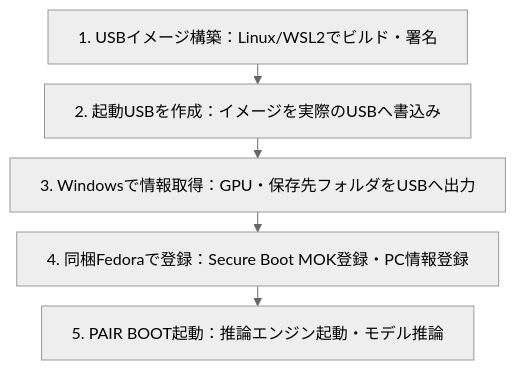
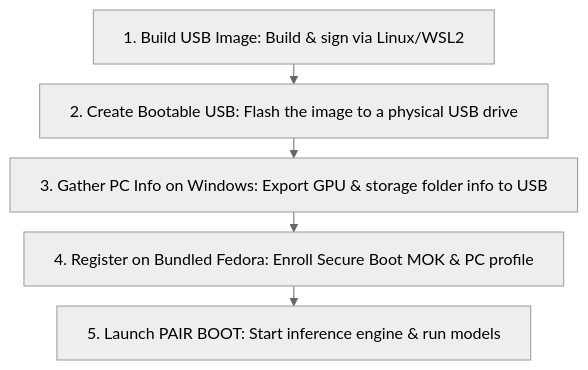
Before and after one commit to fujisawa-max/pair-boot-usb: the diagram in README.md, drawn with Mermaid (neutral theme). The commit also changed other lines of this file and 5 other files, not shown here.

````diff
--- a/README.md
+++ b/README.md
@@ -13,13 +13,13 @@
 ```mermaid
 ---
 config:
   flowchart:
     rankSpacing: 20
     wrappingWidth: 640
 ---
 flowchart TD
-    A["1. USBイメージ構築：Linux/WSL2でビルド・署名"] --> B["2. 起動USBを作成：イメージを実際のUSBへ書込み"]
-    B --> C["3. Windowsで情報取得：GPU・保存先フォルダをUSBへ出力"]
-    C --> D["4. 同梱Fedoraで登録：Secure Boot MOK登録・PC情報登録"]
-    D --> E["5. PAIR BOOT起動：推論エンジン起動・モデル推論"]
+    A["1. Build USB Image: Build & sign via Linux/WSL2"] --> B["2. Create Bootable USB: Flash the image to a physical USB drive"]
+    B --> C["3. Gather PC Info on Windows: Export GPU & storage folder info to USB"]
+    C --> D["4. Register on Bundled Fedora: Enroll Secure Boot MOK & PC profile"]
+    D --> E["5. Launch PAIR BOOT: Start inference engine & run models"]
 ```
````
